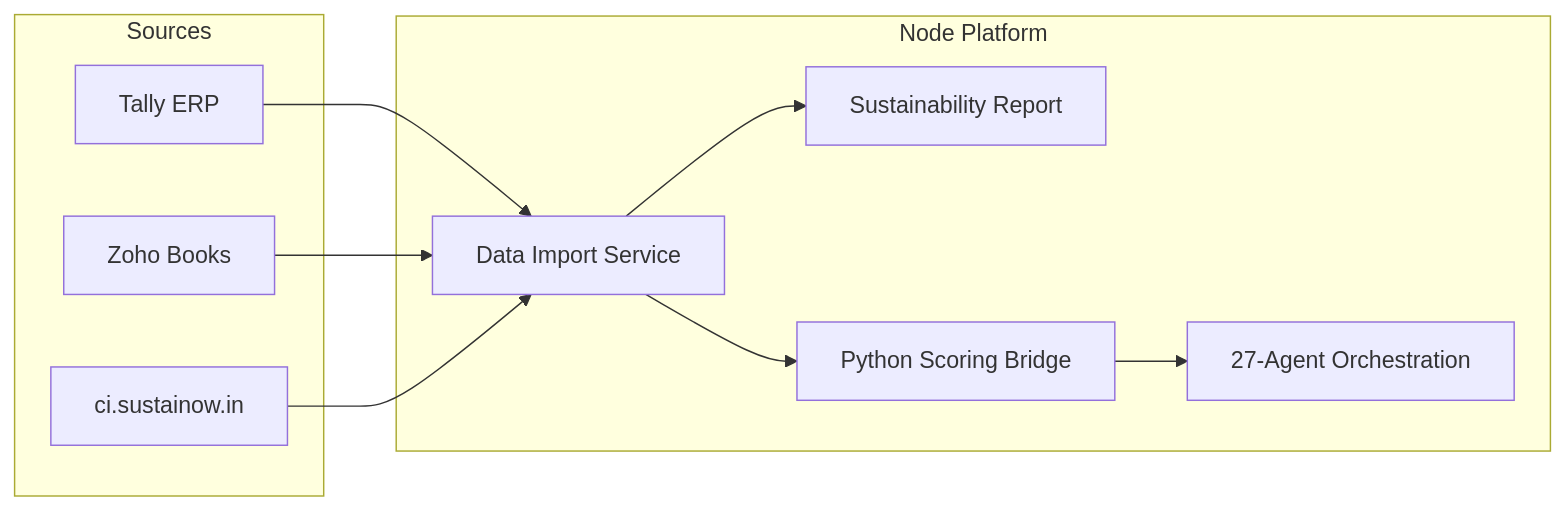
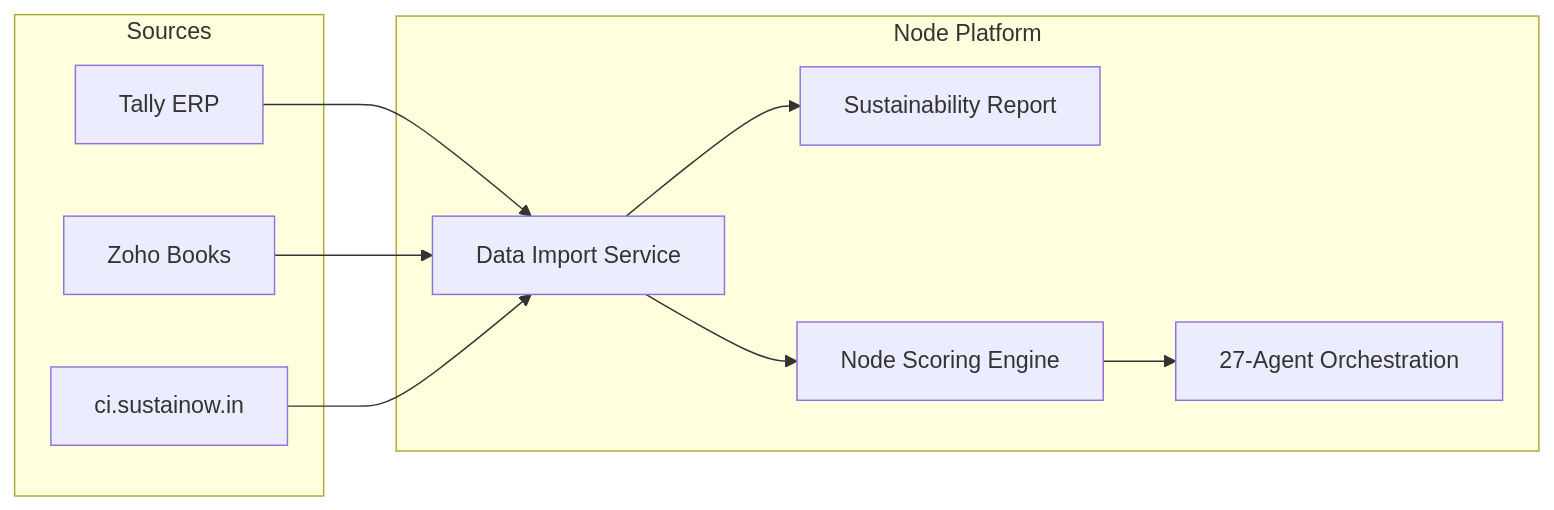
The diagram in docs/DATA_CONNECTORS.md (carbonintelli/FinancialHealthScore), drawn with Mermaid before and after one commit. The commit also changed other lines of this file and 9 other files, not shown here.

````diff
--- a/docs/DATA_CONNECTORS.md
+++ b/docs/DATA_CONNECTORS.md
@@ -7,22 +7,22 @@
 ```mermaid
 flowchart LR
     subgraph Sources
         T[Tally ERP]
         Z[Zoho Books]
         CI[ci.sustainow.in]
     end
 
     subgraph Node Platform
         IMP[Data Import Service]
         SUS[Sustainability Report]
-        BR[Python Scoring Bridge]
+        SCORE[Node Scoring Engine]
         AG[27-Agent Orchestration]
     end
 
     T --> IMP
     Z --> IMP
     CI --> IMP
     IMP --> SUS
-    IMP --> BR
-    BR --> AG
+    IMP --> SCORE
+    SCORE --> AG
 ```
````
